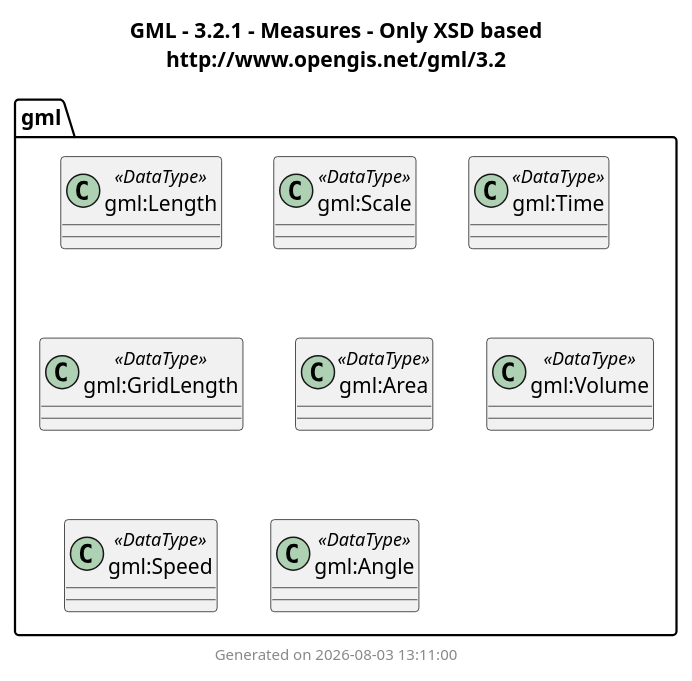
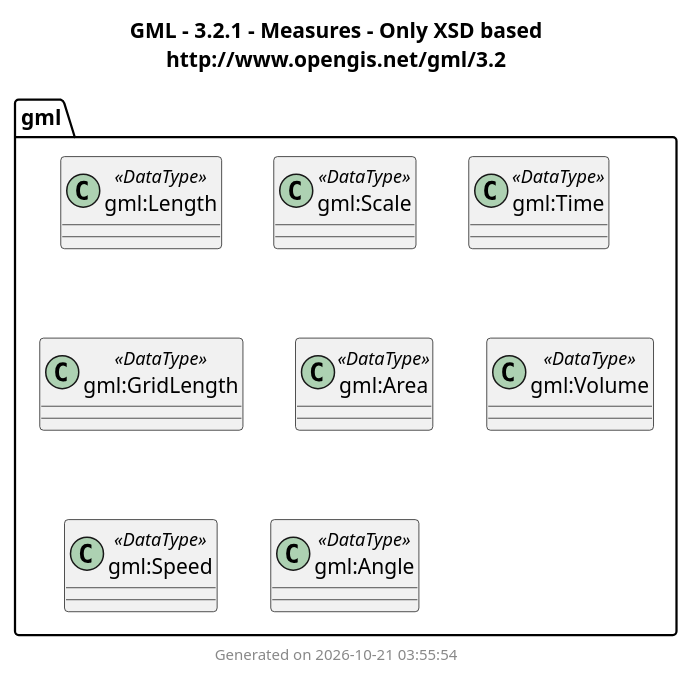
The diagram in docs/output/GML/3.2.1/UMLClassDiagram/measures.puml (muratkendir/every-class), drawn with PlantUML before and after one commit. The commit also changed 37 other files, not shown here.

Commit message:
cross-compilation diagram generation added.

```diff
--- a/docs/output/GML/3.2.1/UMLClassDiagram/measures.puml
+++ b/docs/output/GML/3.2.1/UMLClassDiagram/measures.puml
@@ -1,20 +1,20 @@
 @startuml
 title
   GML - 3.2.1 - Measures - Only XSD based
   http://www.opengis.net/gml/3.2
 end title
 
 package gml {
-class "gml:Length" <<DataType>>
-class "gml:Scale" <<DataType>>
-class "gml:Time" <<DataType>>
-class "gml:GridLength" <<DataType>>
-class "gml:Area" <<DataType>>
-class "gml:Volume" <<DataType>>
-class "gml:Speed" <<DataType>>
-class "gml:Angle" <<DataType>>
+class "gml:Length" as gml_Length <<DataType>>
+class "gml:Scale" as gml_Scale <<DataType>>
+class "gml:Time" as gml_Time <<DataType>>
+class "gml:GridLength" as gml_GridLength <<DataType>>
+class "gml:Area" as gml_Area <<DataType>>
+class "gml:Volume" as gml_Volume <<DataType>>
+class "gml:Speed" as gml_Speed <<DataType>>
+class "gml:Angle" as gml_Angle <<DataType>>
 }
 
 
-footer Generated on 2026-08-03 13:11:00
+footer Generated on 2026-10-21 03:55:54
 @enduml
```
